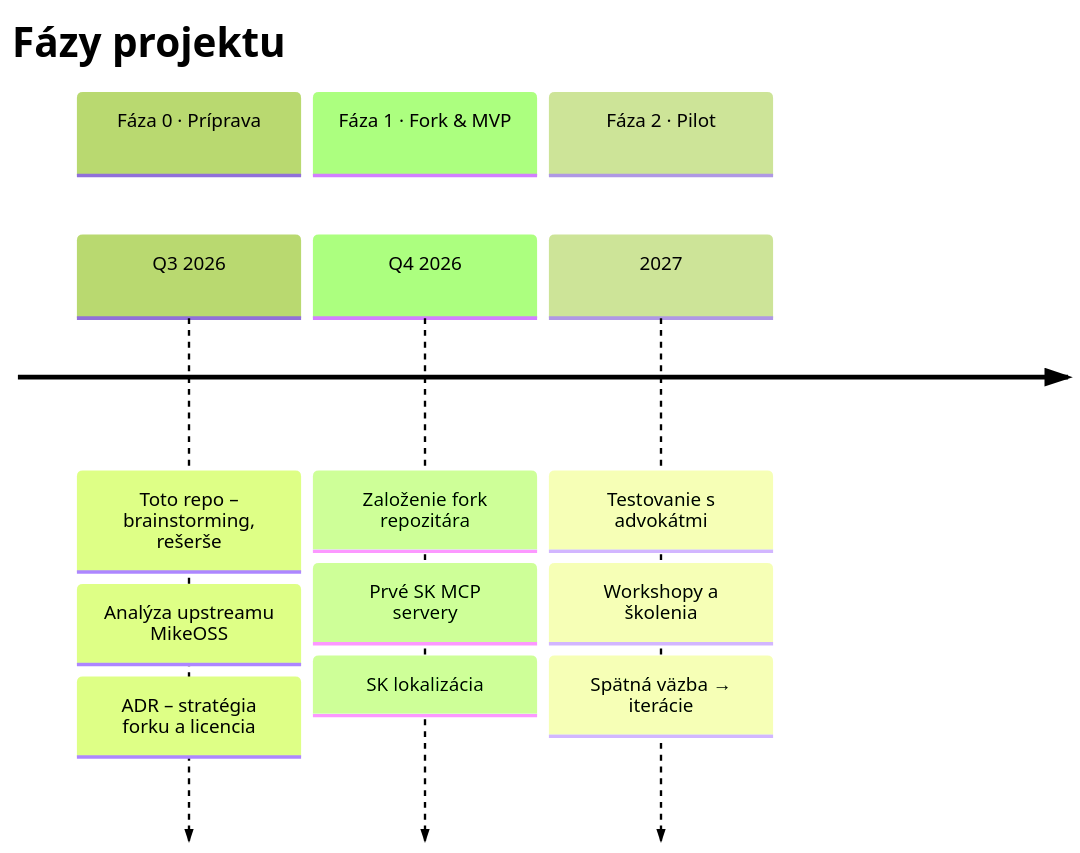
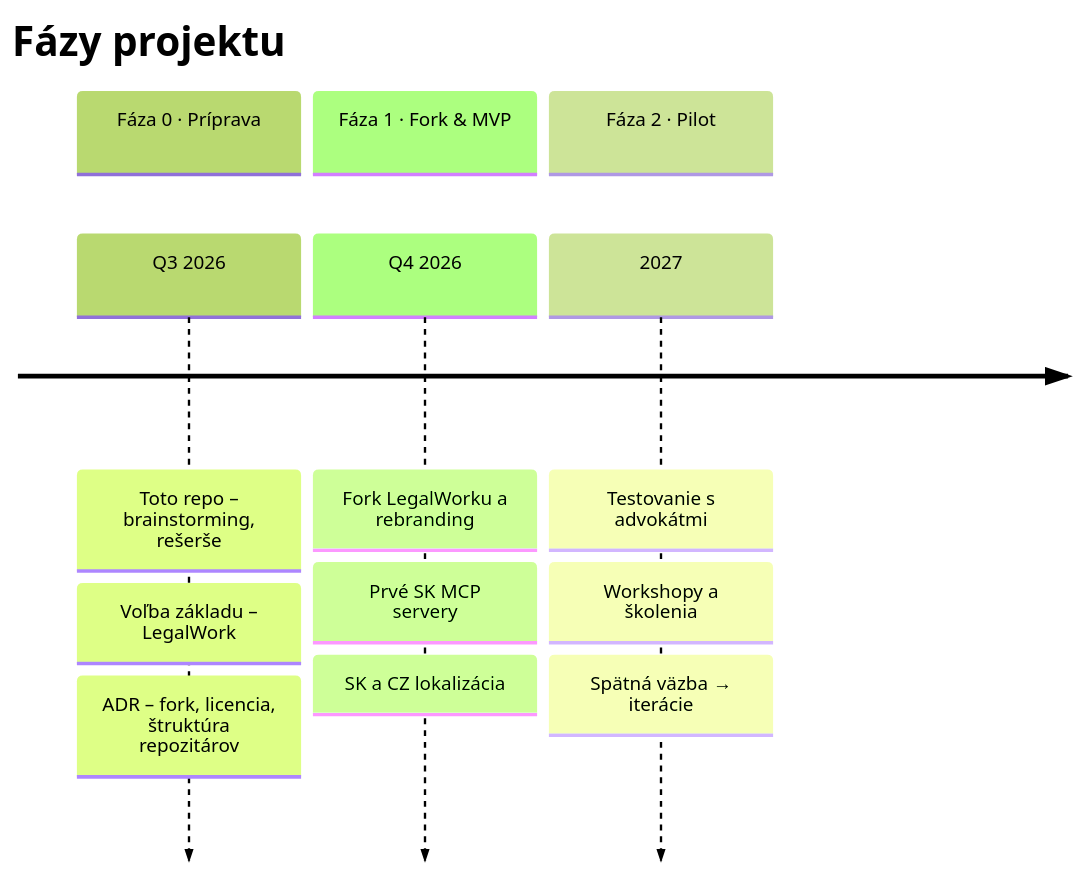
Before and after one commit to Omni-Legal-Products/lawOSS-like-SK-CZ: the second of 3 diagrams in README.md, drawn with Mermaid (forest theme). The commit also changed other lines of this file and 4 other files, not shown here.

````diff
--- a/README.md
+++ b/README.md
@@ -148,10 +171,10 @@
 ```mermaid
 timeline
     title Fázy projektu
     section Fáza 0 · Príprava
-        Q3 2026 : Toto repo – brainstorming, rešerše : Analýza upstreamu MikeOSS : ADR – stratégia forku a licencia
+        Q3 2026 : Toto repo – brainstorming, rešerše : Voľba základu – LegalWork : ADR – fork, licencia, štruktúra repozitárov
     section Fáza 1 · Fork & MVP
-        Q4 2026 : Založenie fork repozitára : Prvé SK MCP servery : SK lokalizácia
+        Q4 2026 : Fork LegalWorku a rebranding : Prvé SK MCP servery : SK a CZ lokalizácia
     section Fáza 2 · Pilot
         2027 : Testovanie s advokátmi : Workshopy a školenia : Spätná väzba → iterácie
 ```
````
